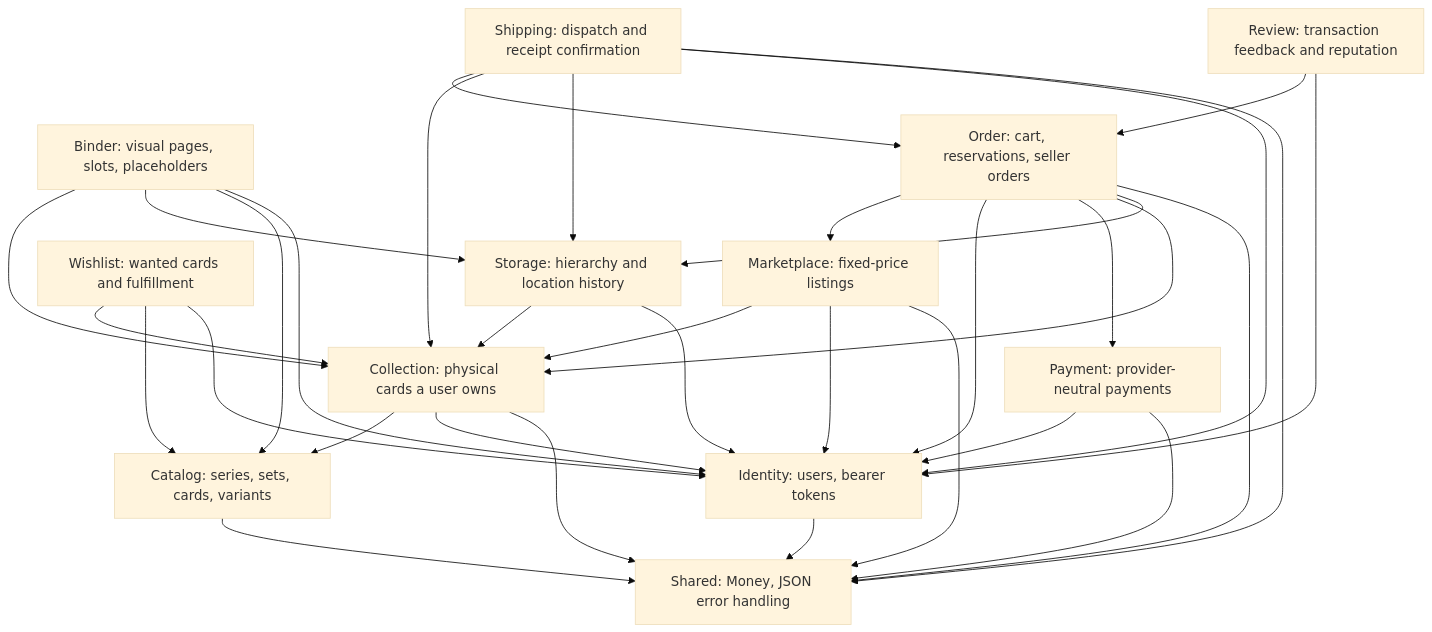
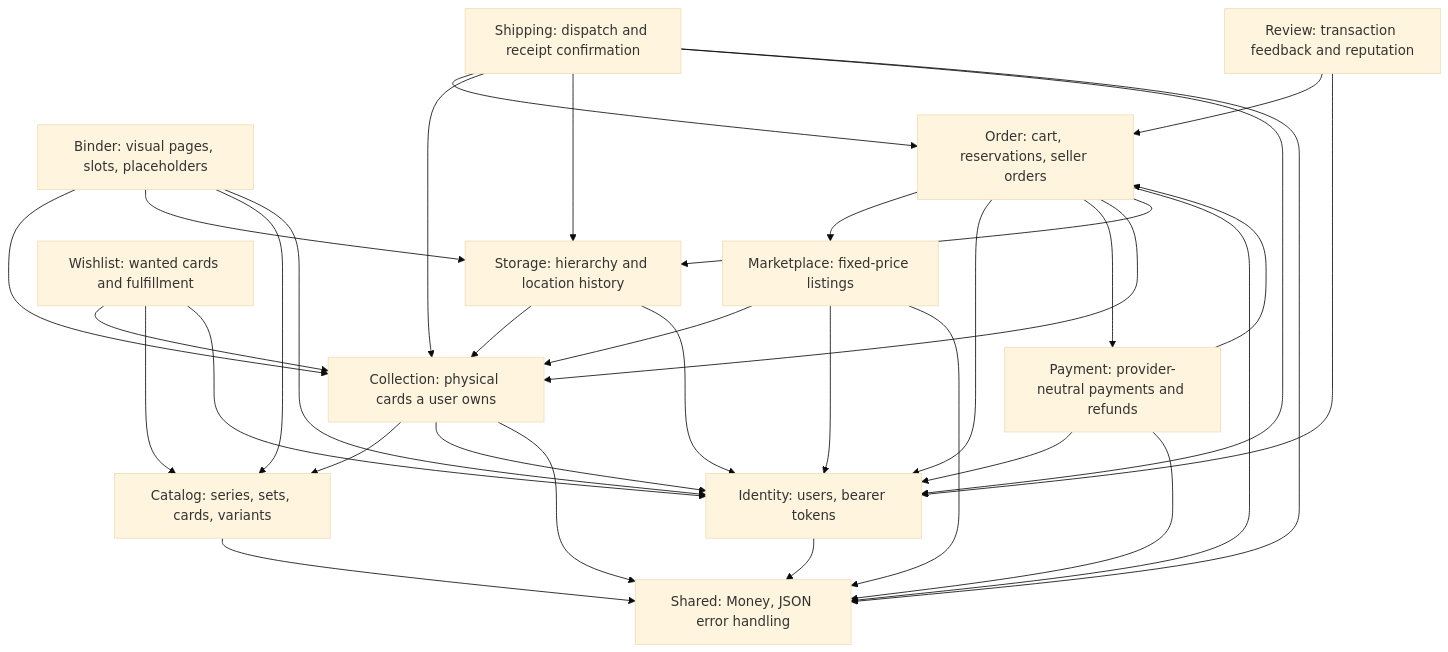
Before and after one commit to Jelmer-Ketelaar/CardNest: the diagram in README.md, drawn with Mermaid (base theme). The commit also changed other lines of this file and 43 other files, not shown here.

Commit message:
[feature/order-cancellation-refunds] Add cancellation refunds

````diff
--- a/README.md
+++ b/README.md
@@ -213,48 +222,49 @@
 ```mermaid
 flowchart TD
     Identity[Identity: users, bearer tokens]
     Catalog[Catalog: series, sets, cards, variants]
     Collection[Collection: physical cards a user owns]
     Storage[Storage: hierarchy and location history]
     Binder[Binder: visual pages, slots, placeholders]
     Wishlist[Wishlist: wanted cards and fulfillment]
     Marketplace[Marketplace: fixed-price listings]
     Order[Order: cart, reservations, seller orders]
-    Payment[Payment: provider-neutral payments]
+    Payment[Payment: provider-neutral payments and refunds]
     Shipping[Shipping: dispatch and receipt confirmation]
     Review[Review: transaction feedback and reputation]
     Shared[Shared: Money, JSON error handling]
 
     Collection --> Catalog
     Collection --> Identity
     Storage --> Collection
     Storage --> Identity
     Binder --> Collection
     Binder --> Storage
     Binder --> Catalog
     Binder --> Identity
     Wishlist --> Collection
     Wishlist --> Catalog
     Wishlist --> Identity
     Marketplace --> Collection
     Marketplace --> Identity
     Marketplace --> Shared
     Order --> Marketplace
     Order --> Identity
     Order --> Payment
     Order --> Collection
     Order --> Storage
     Order --> Shared
     Shipping --> Order
     Shipping --> Collection
     Shipping --> Storage
     Shipping --> Identity
     Shipping --> Shared
     Review --> Order
     Review --> Identity
     Payment --> Identity
+    Payment --> Order
     Payment --> Shared
     Catalog --> Shared
     Collection --> Shared
     Identity --> Shared
 ```
````
